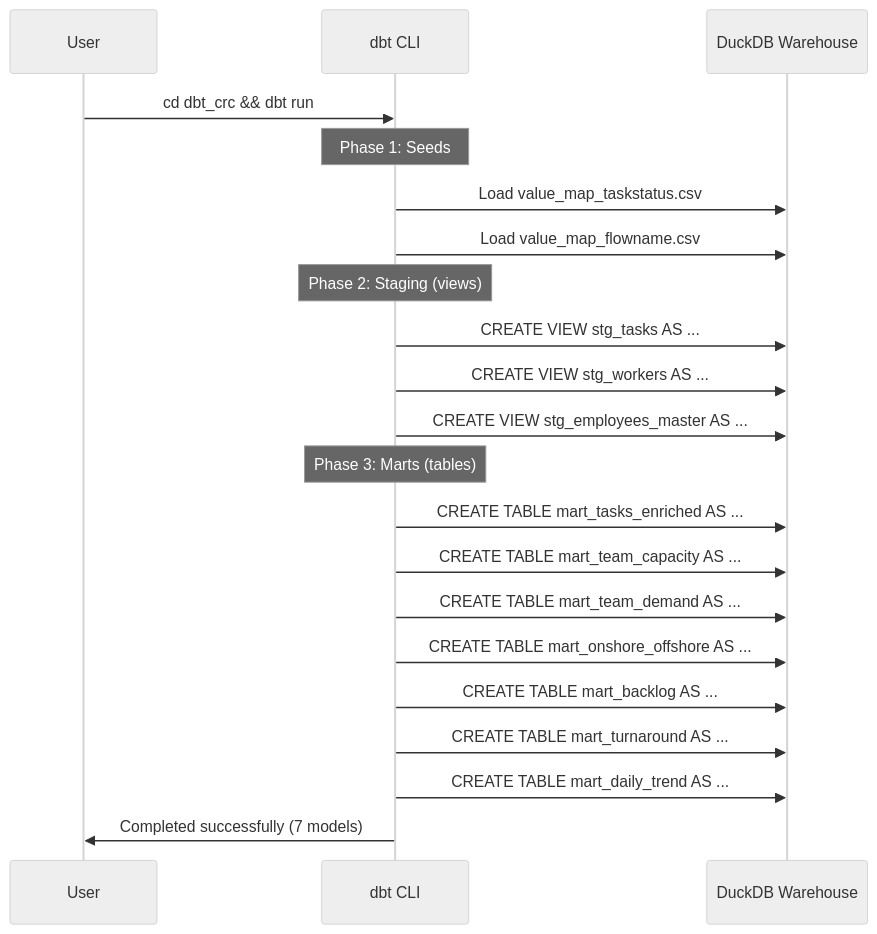
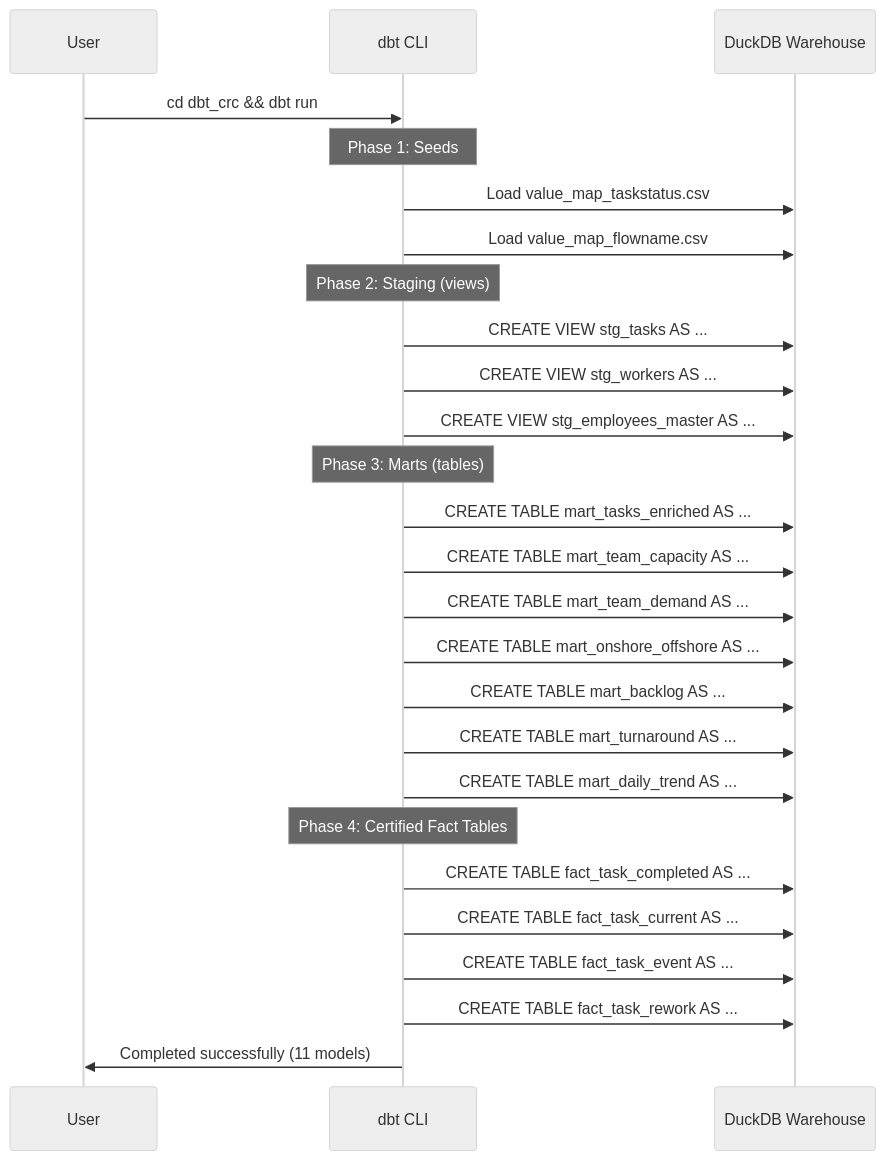
Before and after one commit to nnqtruong/ExcelIngestion: the sixth of 6 diagrams in docs/DATA_FLOW_DIAGRAM.md, drawn with Mermaid (neutral theme). The commit also changed other lines of this file and 14 other files, not shown here.

````diff
--- a/docs/DATA_FLOW_DIAGRAM.md
+++ b/docs/DATA_FLOW_DIAGRAM.md
@@ -307,28 +321,34 @@
 ```mermaid
 sequenceDiagram
     participant User
     participant dbt as dbt CLI
     participant DuckDB as DuckDB Warehouse
 
     User->>dbt: cd dbt_crc && dbt run
 
     Note over dbt: Phase 1: Seeds
     dbt->>DuckDB: Load value_map_taskstatus.csv
     dbt->>DuckDB: Load value_map_flowname.csv
 
     Note over dbt: Phase 2: Staging (views)
     dbt->>DuckDB: CREATE VIEW stg_tasks AS ...
     dbt->>DuckDB: CREATE VIEW stg_workers AS ...
     dbt->>DuckDB: CREATE VIEW stg_employees_master AS ...
 
     Note over dbt: Phase 3: Marts (tables)
     dbt->>DuckDB: CREATE TABLE mart_tasks_enriched AS ...
     dbt->>DuckDB: CREATE TABLE mart_team_capacity AS ...
     dbt->>DuckDB: CREATE TABLE mart_team_demand AS ...
     dbt->>DuckDB: CREATE TABLE mart_onshore_offshore AS ...
     dbt->>DuckDB: CREATE TABLE mart_backlog AS ...
     dbt->>DuckDB: CREATE TABLE mart_turnaround AS ...
     dbt->>DuckDB: CREATE TABLE mart_daily_trend AS ...
 
-    dbt->>User: Completed successfully (7 models)
+    Note over dbt: Phase 4: Certified Fact Tables
+    dbt->>DuckDB: CREATE TABLE fact_task_completed AS ...
+    dbt->>DuckDB: CREATE TABLE fact_task_current AS ...
+    dbt->>DuckDB: CREATE TABLE fact_task_event AS ...
+    dbt->>DuckDB: CREATE TABLE fact_task_rework AS ...
+
+    dbt->>User: Completed successfully (11 models)
 ```
````
